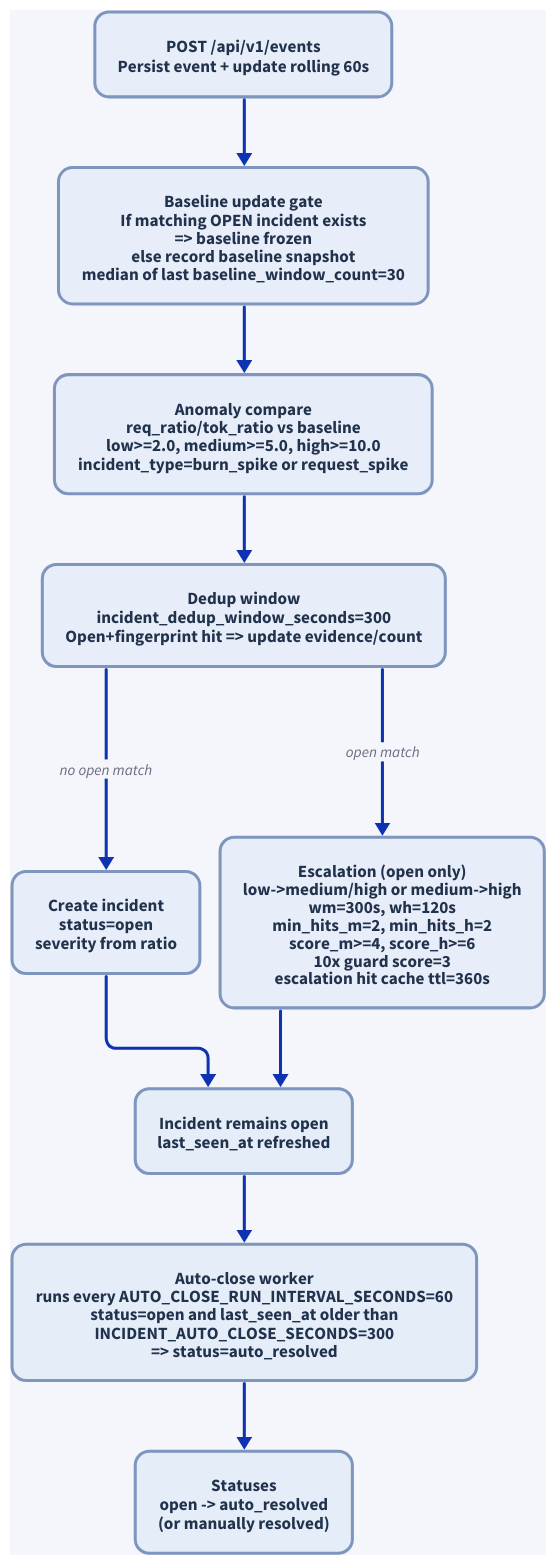
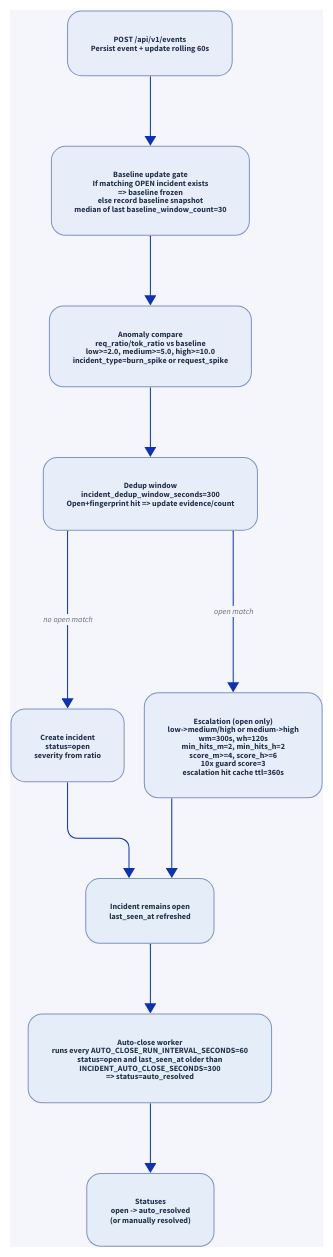
The diagram in docs/architecture/incident_flow.d2 (MichaelTelvin/Rheonic), drawn with D2 before and after one commit. The commit also changed 34 other files, not shown here.

Commit message:
dashboard UI enhancement: pages, sidebar, docs and charts

```diff
--- a/docs/architecture/incident_flow.d2
+++ b/docs/architecture/incident_flow.d2
@@ -1,167 +1,167 @@
 direction: down
 
 vars: {
   d2-config: {
     pad: 22
     sketch: false
     layout-engine: elk
   }
 }
 
 style: {
   fill: "#f4f6fb"
 }
 
 ingest: "POST /api/v1/events\nPersist event + update rolling 60s" {
   style: {
     fill: "#e8eef9"
     stroke: "#7e95be"
     font-color: "#21324d"
     border-radius: 14
-    font-size: 17
-    stroke-width: 3
+    font-size: 8
+    stroke-width: 1
   }
 }
 
 baseline: "Baseline update gate\nIf matching OPEN incident exists\n=> baseline frozen\nelse record baseline snapshot\nmedian of last baseline_window_count=30" {
   style: {
     fill: "#e8eef9"
     stroke: "#7e95be"
     font-color: "#21324d"
     border-radius: 14
-    font-size: 17
-    stroke-width: 3
+    font-size: 8
+    stroke-width: 1
   }
 }
 
 detect: "Anomaly compare\nreq_ratio/tok_ratio vs baseline\nlow>=2.0, medium>=5.0, high>=10.0\nincident_type=burn_spike or request_spike" {
   style: {
     fill: "#e8eef9"
     stroke: "#7e95be"
     font-color: "#21324d"
     border-radius: 14
-    font-size: 17
-    stroke-width: 3
+    font-size: 8
+    stroke-width: 1
   }
 }
 
 dedup: "Dedup window\nincident_dedup_window_seconds=300\nOpen+fingerprint hit => update evidence/count" {
   style: {
     fill: "#e8eef9"
     stroke: "#7e95be"
     font-color: "#21324d"
     border-radius: 14
-    font-size: 17
-    stroke-width: 3
+    font-size: 8
+    stroke-width: 1
   }
 }
 
 create: "Create incident\nstatus=open\nseverity from ratio" {
   style: {
     fill: "#e8eef9"
     stroke: "#7e95be"
     font-color: "#21324d"
     border-radius: 14
-    font-size: 17
-    stroke-width: 3
+    font-size: 8
+    stroke-width: 1
   }
 }
 
 escalate: "Escalation (open only)\nlow->medium/high or medium->high\nwm=300s, wh=120s\nmin_hits_m=2, min_hits_h=2\nscore_m>=4, score_h>=6\n10x guard score=3\nescalation hit cache ttl=360s" {
   style: {
     fill: "#e8eef9"
     stroke: "#7e95be"
     font-color: "#21324d"
     border-radius: 14
-    font-size: 17
-    stroke-width: 3
+    font-size: 8
+    stroke-width: 1
   }
 }
 
 keep_open: "Incident remains open\nlast_seen_at refreshed" {
   style: {
     fill: "#e4edf8"
     stroke: "#7e95be"
     font-color: "#21324d"
     border-radius: 14
-    font-size: 17
-    stroke-width: 3
+    font-size: 8
+    stroke-width: 1
   }
 }
 
 auto_close: "Auto-close worker\nruns every AUTO_CLOSE_RUN_INTERVAL_SECONDS=60\nstatus=open and last_seen_at older than\nINCIDENT_AUTO_CLOSE_SECONDS=300\n=> status=auto_resolved" {
   style: {
     fill: "#e4edf8"
     stroke: "#7e95be"
     font-color: "#21324d"
     border-radius: 14
-    font-size: 17
-    stroke-width: 3
+    font-size: 8
+    stroke-width: 1
   }
 }
 
 resolved: "Statuses\nopen -> auto_resolved\n(or manually resolved)" {
   style: {
     fill: "#e4edf8"
     stroke: "#7e95be"
     font-color: "#21324d"
     border-radius: 14
-    font-size: 17
-    stroke-width: 3
+    font-size: 8
+    stroke-width: 1
   }
 }
 
 ingest -> baseline: {
   style: {
-    stroke-width: 3
-    font-size: 15
+    stroke-width: 1
+    font-size: 8
   }
 }
 baseline -> detect: {
   style: {
-    stroke-width: 3
-    font-size: 15
+    stroke-width: 1
+    font-size: 8
   }
 }
 detect -> dedup: {
   style: {
-    stroke-width: 3
-    font-size: 15
+    stroke-width: 1
+    font-size: 8
   }
 }
 dedup -> create: "no open match" {
   style: {
-    stroke-width: 3
-    font-size: 15
+    stroke-width: 1
+    font-size: 8
   }
 }
 dedup -> escalate: "open match" {
   style: {
-    stroke-width: 3
-    font-size: 15
+    stroke-width: 1
+    font-size: 8
   }
 }
 create -> keep_open: {
   style: {
-    stroke-width: 3
-    font-size: 15
+    stroke-width: 1
+    font-size: 8
   }
 }
 escalate -> keep_open: {
   style: {
-    stroke-width: 3
-    font-size: 15
+    stroke-width: 1
+    font-size: 8
   }
 }
 keep_open -> auto_close: {
   style: {
-    stroke-width: 3
-    font-size: 15
+    stroke-width: 1
+    font-size: 8
   }
 }
 auto_close -> resolved: {
   style: {
-    stroke-width: 3
-    font-size: 15
+    stroke-width: 1
+    font-size: 8
   }
 }
```
